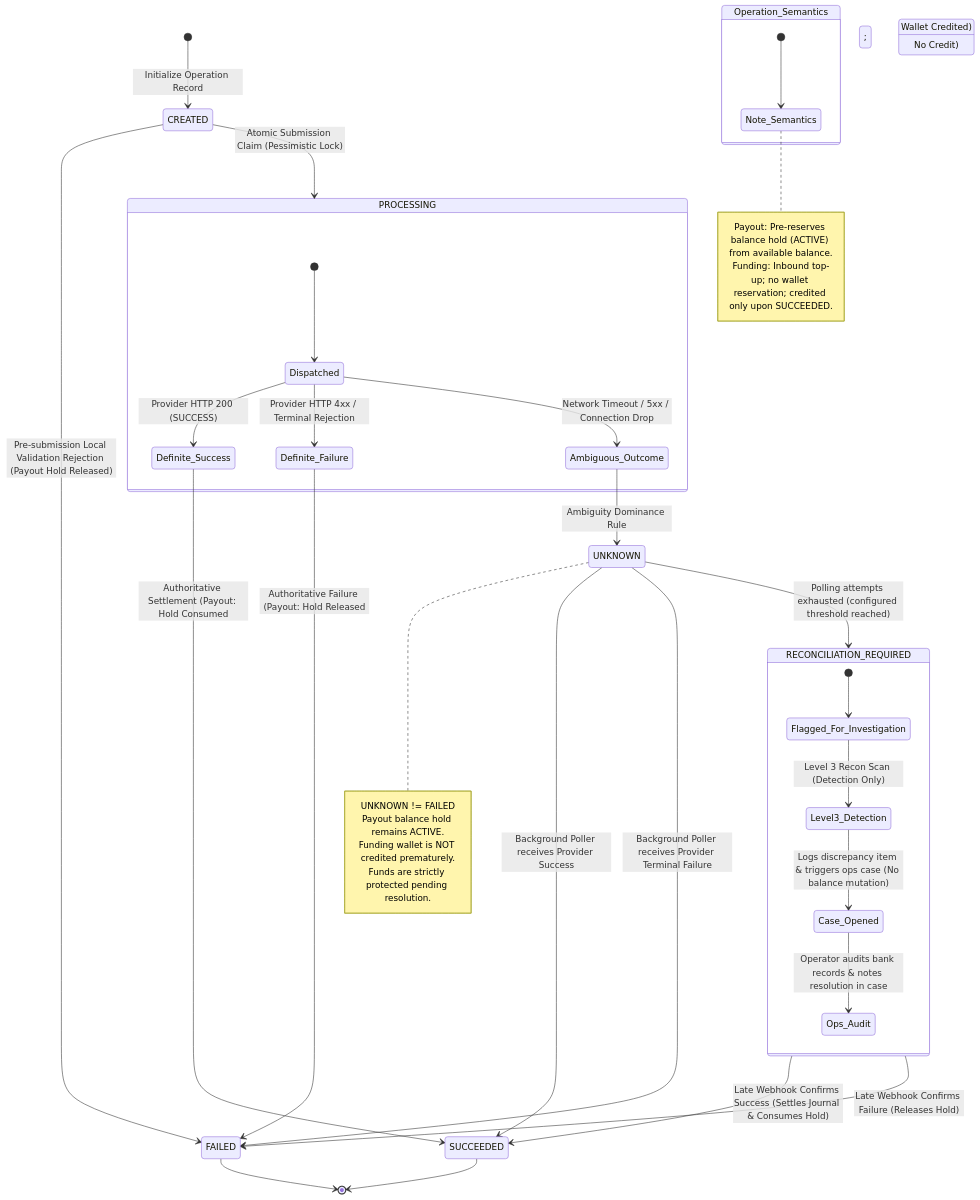
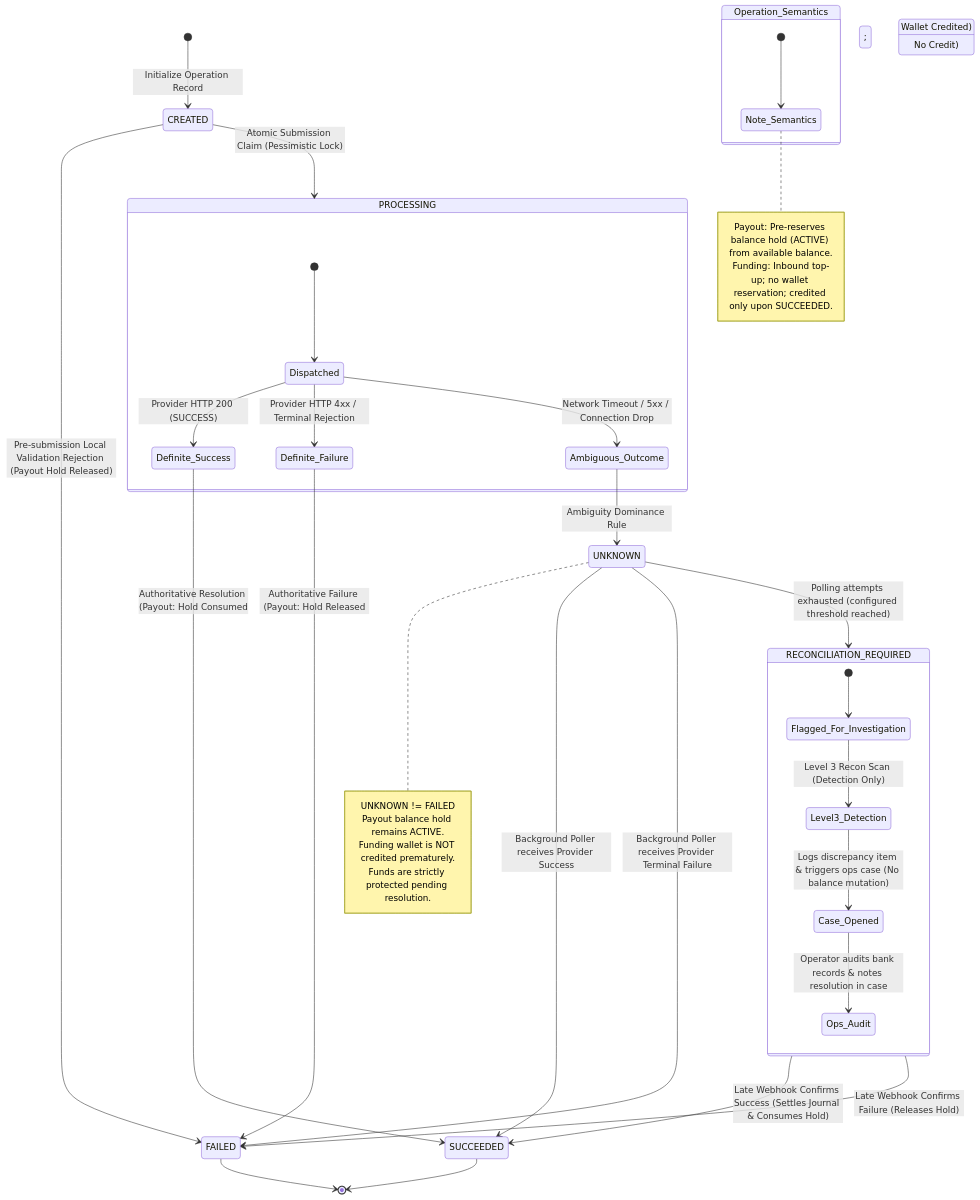
Before and after one commit to manishjangid1499-cell/ledgerguard: the third of 3 diagrams in README.md, drawn with Mermaid. The commit also changed other lines of this file and 5 other files, not shown here.

````diff
--- a/README.md
+++ b/README.md
@@ -154,50 +237,50 @@
 ```mermaid
 stateDiagram-v2
     [*] --> CREATED: Initialize Operation Record
 
     state Operation_Semantics {
         [*] --> Note_Semantics
         note right of Note_Semantics
             Payout: Pre-reserves balance hold (ACTIVE) from available balance.
             Funding: Inbound top-up; no wallet reservation; credited only upon SUCCEEDED.
         end note
     }
 
     CREATED --> PROCESSING: Atomic Submission Claim (Pessimistic Lock)
     CREATED --> FAILED: Pre-submission Local Validation Rejection (Payout Hold Released)
 
     state PROCESSING {
         [*] --> Dispatched
         Dispatched --> Definite_Success: Provider HTTP 200 (SUCCESS)
         Dispatched --> Definite_Failure: Provider HTTP 4xx / Terminal Rejection
         Dispatched --> Ambiguous_Outcome: Network Timeout / 5xx / Connection Drop
     }
 
-    Definite_Success --> SUCCEEDED: Authoritative Settlement (Payout: Hold Consumed; Funding: Wallet Credited)
+    Definite_Success --> SUCCEEDED: Authoritative Resolution (Payout: Hold Consumed; Funding: Wallet Credited)
     Definite_Failure --> FAILED: Authoritative Failure (Payout: Hold Released; Funding: No Credit)
 
     Ambiguous_Outcome --> UNKNOWN: Ambiguity Dominance Rule
     note right of UNKNOWN
         UNKNOWN != FAILED
         Payout balance hold remains ACTIVE.
         Funding wallet is NOT credited prematurely.
         Funds are strictly protected pending resolution.
     end note
 
     UNKNOWN --> SUCCEEDED: Background Poller receives Provider Success
     UNKNOWN --> FAILED: Background Poller receives Provider Terminal Failure
     UNKNOWN --> RECONCILIATION_REQUIRED: Polling attempts exhausted (configured threshold reached)
 
     state RECONCILIATION_REQUIRED {
         [*] --> Flagged_For_Investigation
         Flagged_For_Investigation --> Level3_Detection: Level 3 Recon Scan (Detection Only)
         Level3_Detection --> Case_Opened: Logs discrepancy item & triggers ops case (No balance mutation)
         Case_Opened --> Ops_Audit: Operator audits bank records & notes resolution in case
     }
 
     RECONCILIATION_REQUIRED --> SUCCEEDED: Late Webhook Confirms Success (Settles Journal & Consumes Hold)
     RECONCILIATION_REQUIRED --> FAILED: Late Webhook Confirms Failure (Releases Hold)
 
     SUCCEEDED --> [*]
     FAILED --> [*]
 ```
````
